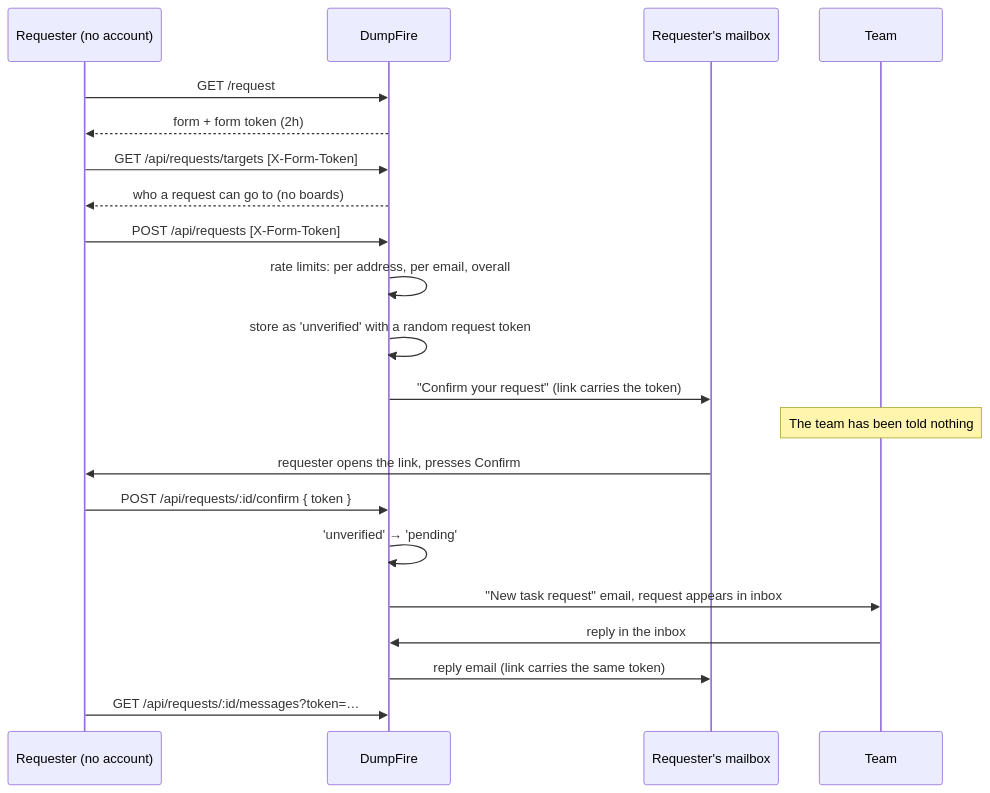
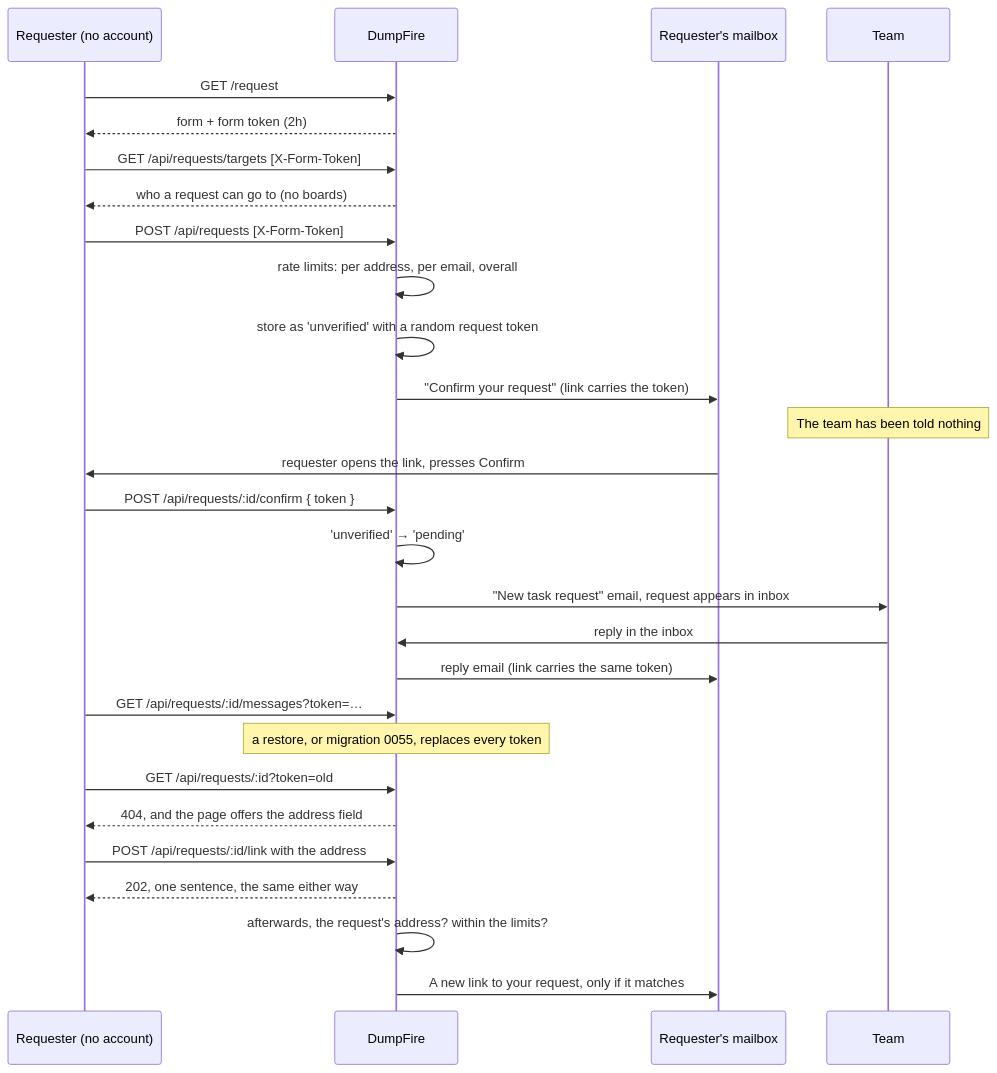
One commit to gitBoon/DumpFire changed diagram 20 of 25 in docs/authentication-security.md. Above: the diagram before and after it, drawn with Mermaid. The commit also changed other lines of this file and 44 other files, not shown here.

````diff
--- a/docs/authentication-security.md
+++ b/docs/authentication-security.md
@@ -2054,24 +2287,31 @@
 ```mermaid
 sequenceDiagram
     participant P as Requester (no account)
     participant S as DumpFire
     participant M as Requester's mailbox
     participant T as Team
 
     P->>S: GET /request
     S-->>P: form + form token (2h)
     P->>S: GET /api/requests/targets  [X-Form-Token]
     S-->>P: who a request can go to (no boards)
     P->>S: POST /api/requests  [X-Form-Token]
     S->>S: rate limits: per address, per email, overall
     S->>S: store as 'unverified' with a random request token
     S->>M: "Confirm your request" (link carries the token)
     Note over T: The team has been told nothing
     M->>P: requester opens the link, presses Confirm
     P->>S: POST /api/requests/:id/confirm { token }
     S->>S: 'unverified' → 'pending'
     S->>T: "New task request" email, request appears in inbox
     T->>S: reply in the inbox
     S->>M: reply email (link carries the same token)
     P->>S: GET /api/requests/:id/messages?token=…
+    Note over S: a restore, or migration 0055, replaces every token
+    P->>S: GET /api/requests/:id?token=old
+    S-->>P: 404, and the page offers the address field
+    P->>S: POST /api/requests/:id/link with the address
+    S-->>P: 202, one sentence, the same either way
+    S->>S: afterwards, the request's address? within the limits?
+    S->>M: A new link to your request, only if it matches
 ```
````
